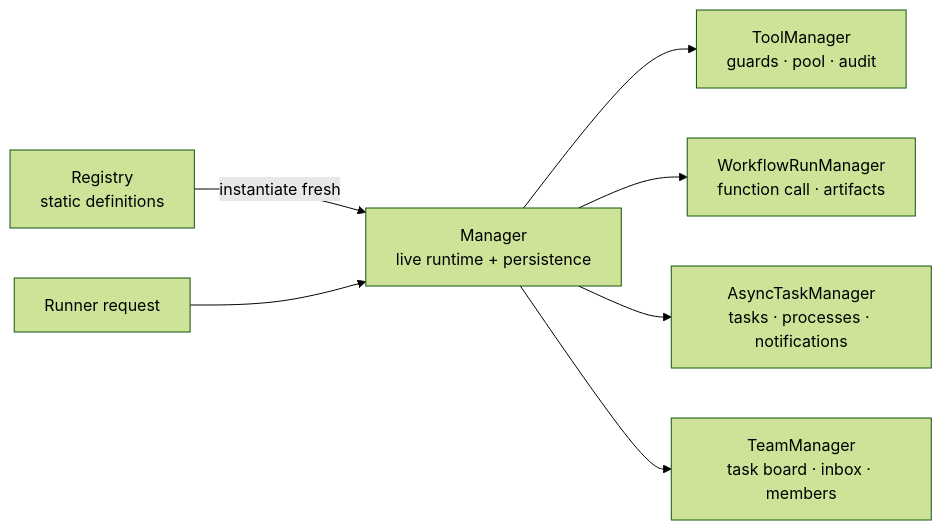
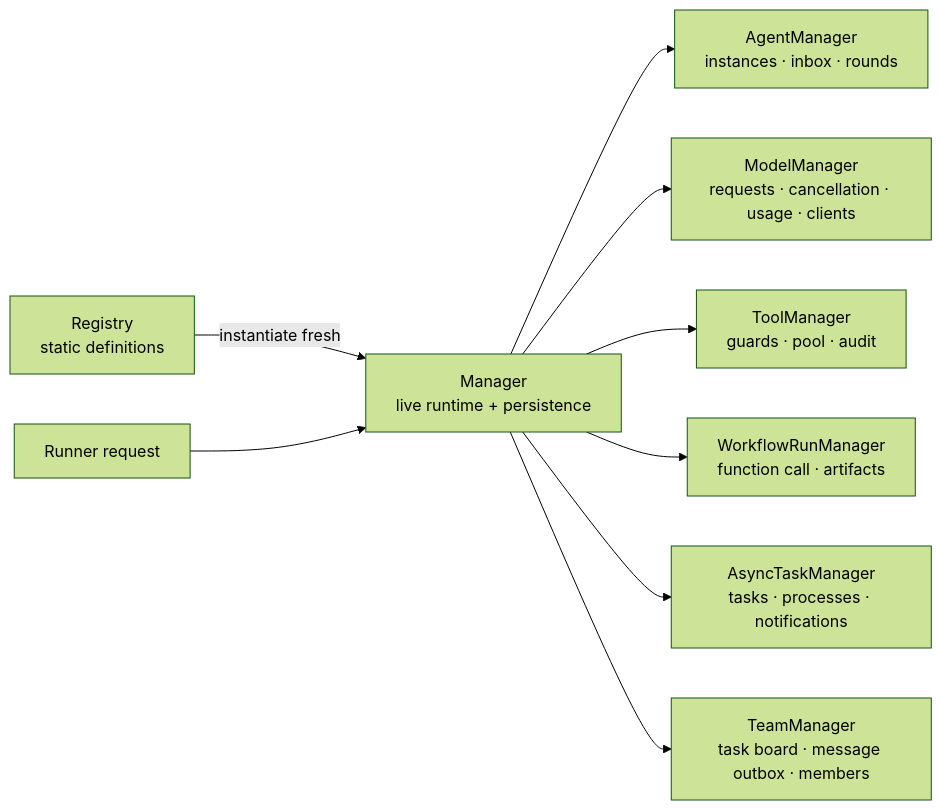
One commit to JuiceHub/juice-agents changed the diagram in sdk/src/juice_agents/core/managers/README.md. Above: the diagram before and after it, drawn with Mermaid (forest theme). The commit also changed other lines of this file and 277 other files, not shown here.

First line of the commit message:
feat: 重构核心架构，新增异步执行、图片模型、cron 执行和会话管理

````diff
--- a/sdk/src/juice_agents/core/managers/README.md
+++ b/sdk/src/juice_agents/core/managers/README.md
@@ -7,9 +7,11 @@
 ```mermaid
 flowchart LR
   R[Registry\nstatic definitions] -->|instantiate fresh| M[Manager\nlive runtime + persistence]
   U[Runner request] --> M
+  M --> Ag[AgentManager\ninstances · inbox · rounds]
+  M --> Md[ModelManager\nrequests · cancellation · usage · clients]
   M --> T[ToolManager\nguards · pool · audit]
   M --> W[WorkflowRunManager\nfunction call · artifacts]
   M --> A[AsyncTaskManager\ntasks · processes · notifications]
-  M --> Tm[TeamManager\ntask board · inbox · members]
+  M --> Tm[TeamManager\ntask board · message outbox · members]
 ```
````
